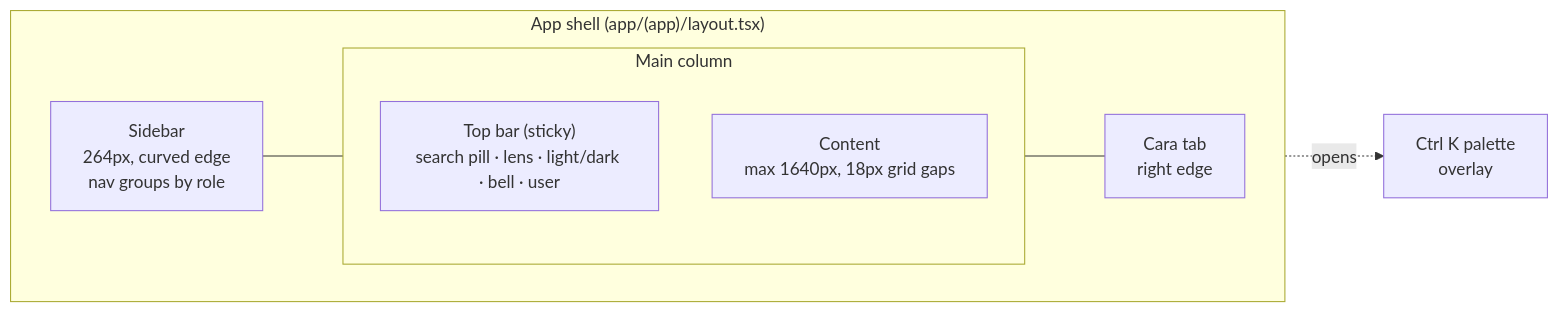
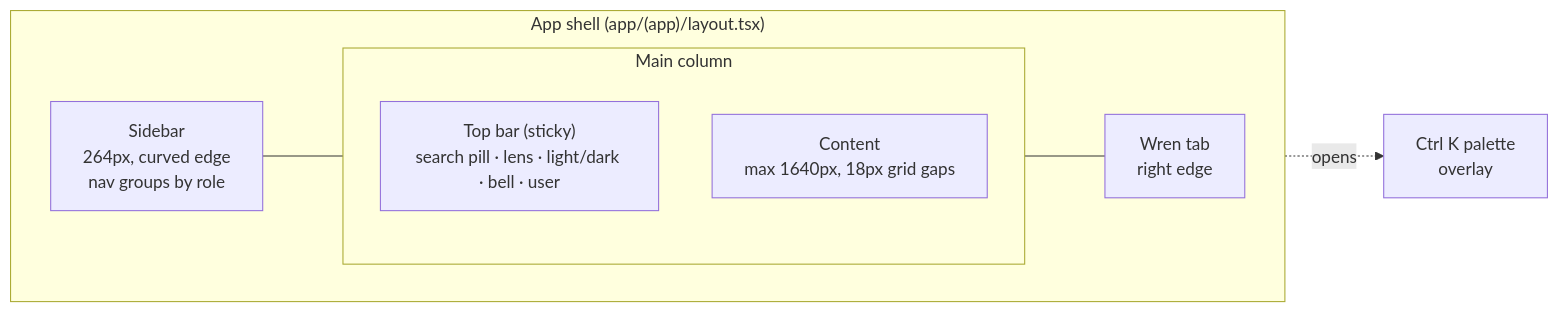
The diagram in docs/design/design-system.md (sonishivam1/ambient-crm), drawn with Mermaid before and after one commit. The commit also changed other lines of this file and 21 other files, not shown here.

First line of the commit message:
refactor: rename the AI assistant from Cara to Wren

````diff
--- a/docs/design/design-system.md
+++ b/docs/design/design-system.md
@@ -35,17 +35,17 @@
 ```mermaid
 flowchart LR
   subgraph shell["App shell (app/(app)/layout.tsx)"]
     direction LR
     side["Sidebar<br/>264px, curved edge<br/>nav groups by role"]
     subgraph main["Main column"]
       direction TB
       top["Top bar (sticky)<br/>search pill · lens · light/dark · bell · user"]
       content["Content<br/>max 1640px, 18px grid gaps"]
     end
-    cara["Cara tab<br/>right edge"]
+    wren["Wren tab<br/>right edge"]
   end
   palette["Ctrl K palette<br/>overlay"]
   side --- main
-  main --- cara
+  main --- wren
   top -. opens .-> palette
 ```
````
